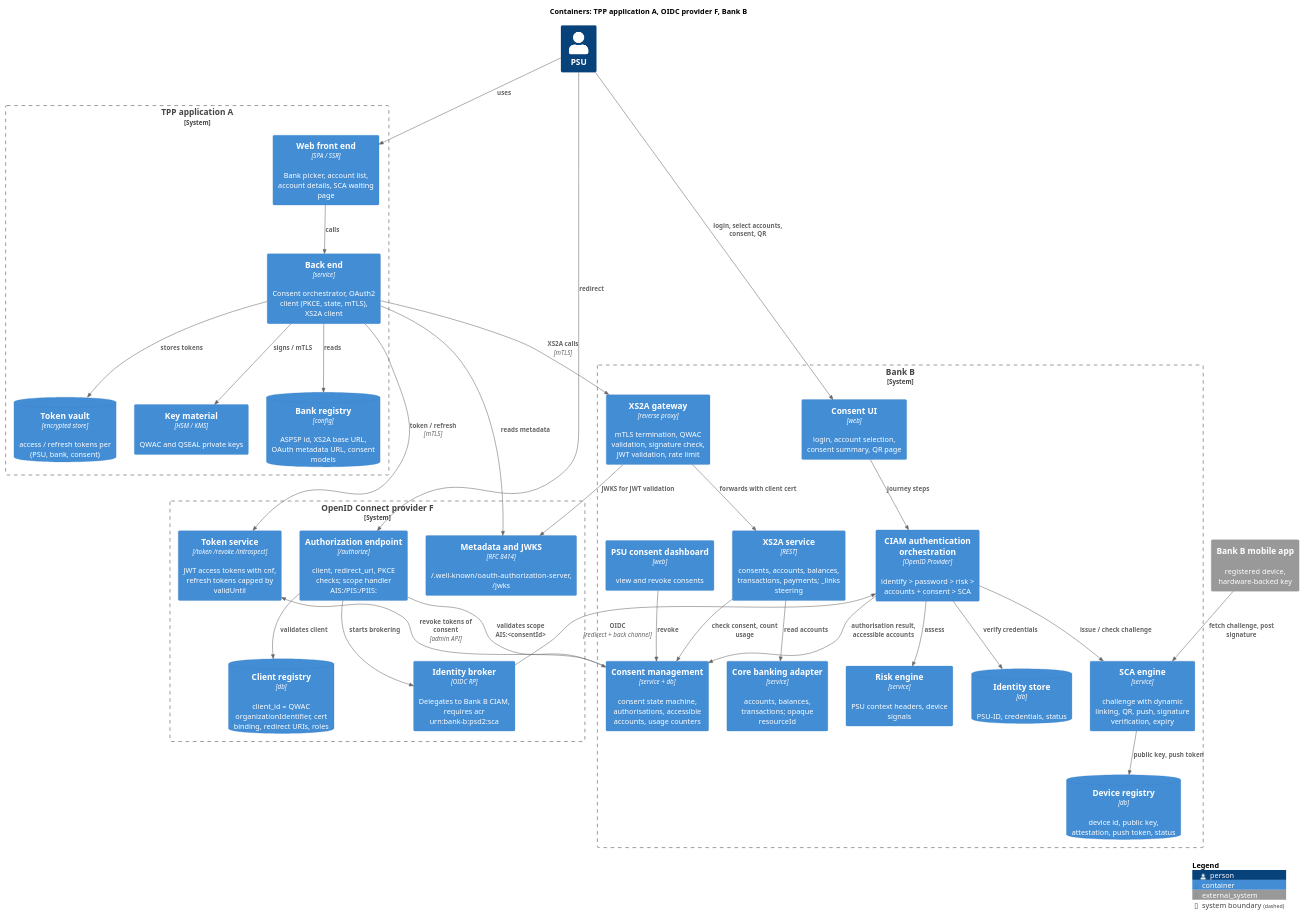
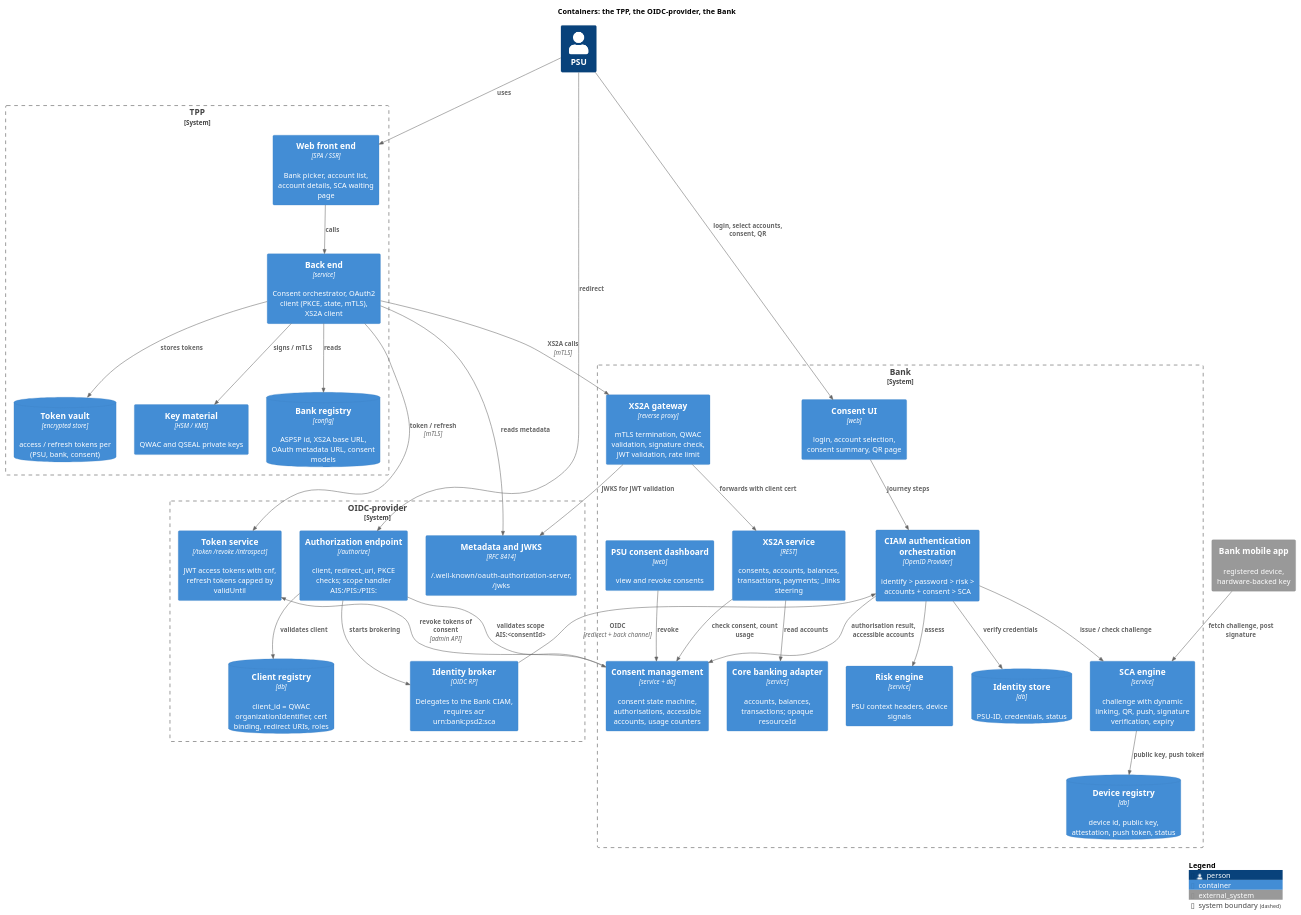
One commit to vondacho/psd2-sandbox changed the diagram in docs/design/puml/02-containers.puml. Above: the diagram before and after it, drawn with PlantUML. The commit also changed 149 other files, not shown here.

```diff
--- a/docs/design/puml/02-containers.puml
+++ b/docs/design/puml/02-containers.puml
@@ -1,69 +1,69 @@
 @startuml 02-containers
 ' Containers of the three systems (C4 level 2)
 !include <C4/C4_Container>
 
-title Containers: TPP application A, OIDC provider F, Bank B
+title Containers: the TPP, the OIDC-provider, the Bank
 
 Person(psu, "PSU")
-System_Ext(app, "Bank B mobile app", "registered device, hardware-backed key")
+System_Ext(app, "Bank mobile app", "registered device, hardware-backed key")
 
-System_Boundary(a, "TPP application A") {
+System_Boundary(a, "TPP") {
   Container(afe, "Web front end", "SPA / SSR", "Bank picker, account list, account details, SCA waiting page")
   Container(abe, "Back end", "service", "Consent orchestrator, OAuth2 client (PKCE, state, mTLS), XS2A client")
   ContainerDb(registry, "Bank registry", "config", "ASPSP id, XS2A base URL, OAuth metadata URL, consent models")
   ContainerDb(vault, "Token vault", "encrypted store", "access / refresh tokens per (PSU, bank, consent)")
   Container(keys, "Key material", "HSM / KMS", "QWAC and QSEAL private keys")
 }
 
-System_Boundary(f, "OpenID Connect provider F") {
+System_Boundary(f, "OIDC-provider") {
   Container(meta, "Metadata and JWKS", "RFC 8414", "/.well-known/oauth-authorization-server, /jwks")
   Container(authz, "Authorization endpoint", "/authorize", "client, redirect_uri, PKCE checks; scope handler AIS:/PIS:/PIIS:")
-  Container(broker, "Identity broker", "OIDC RP", "Delegates to Bank B CIAM, requires acr urn:bank-b:psd2:sca")
+  Container(broker, "Identity broker", "OIDC RP", "Delegates to the Bank CIAM, requires acr urn:bank:psd2:sca")
   Container(token, "Token service", "/token /revoke /introspect", "JWT access tokens with cnf, refresh tokens capped by validUntil")
   ContainerDb(clients, "Client registry", "db", "client_id = QWAC organizationIdentifier, cert binding, redirect URIs, roles")
 }
 
-System_Boundary(b, "Bank B") {
+System_Boundary(b, "Bank") {
   Container(gw, "XS2A gateway", "reverse proxy", "mTLS termination, QWAC validation, signature check, JWT validation, rate limit")
   Container(xs2a, "XS2A service", "REST", "consents, accounts, balances, transactions, payments; _links steering")
   Container(cm, "Consent management", "service + db", "consent state machine, authorisations, accessible accounts, usage counters")
   Container(orch, "CIAM authentication orchestration", "OpenID Provider", "identify > password > risk > accounts + consent > SCA")
   Container(sca, "SCA engine", "service", "challenge with dynamic linking, QR, push, signature verification, expiry")
   ContainerDb(idstore, "Identity store", "db", "PSU-ID, credentials, status")
   ContainerDb(devices, "Device registry", "db", "device id, public key, attestation, push token, status")
   Container(risk, "Risk engine", "service", "PSU context headers, device signals")
   Container(cui, "Consent UI", "web", "login, account selection, consent summary, QR page")
   Container(dash, "PSU consent dashboard", "web", "view and revoke consents")
   Container(core, "Core banking adapter", "service", "accounts, balances, transactions; opaque resourceId")
 }
 
 Rel(psu, afe, "uses")
 Rel(afe, abe, "calls")
 Rel(abe, registry, "reads")
 Rel(abe, vault, "stores tokens")
 Rel(abe, keys, "signs / mTLS")
 Rel(abe, gw, "XS2A calls", "mTLS")
 Rel(abe, token, "token / refresh", "mTLS")
 Rel(abe, meta, "reads metadata")
 Rel(psu, authz, "redirect")
 Rel(authz, clients, "validates client")
 Rel(authz, cm, "validates scope AIS:<consentId>")
 Rel(authz, broker, "starts brokering")
 Rel(broker, orch, "OIDC", "redirect + back channel")
 Rel(psu, cui, "login, select accounts, consent, QR")
 Rel(cui, orch, "journey steps")
 Rel(orch, idstore, "verify credentials")
 Rel(orch, risk, "assess")
 Rel(orch, sca, "issue / check challenge")
 Rel(sca, devices, "public key, push token")
 Rel(app, sca, "fetch challenge, post signature")
 Rel(orch, cm, "authorisation result, accessible accounts")
 Rel(gw, xs2a, "forwards with client cert")
 Rel(gw, meta, "JWKS for JWT validation")
 Rel(xs2a, cm, "check consent, count usage")
 Rel(xs2a, core, "read accounts")
 Rel(dash, cm, "revoke")
 Rel(cm, token, "revoke tokens of consent", "admin API")
 
 SHOW_LEGEND()
 @enduml
```
